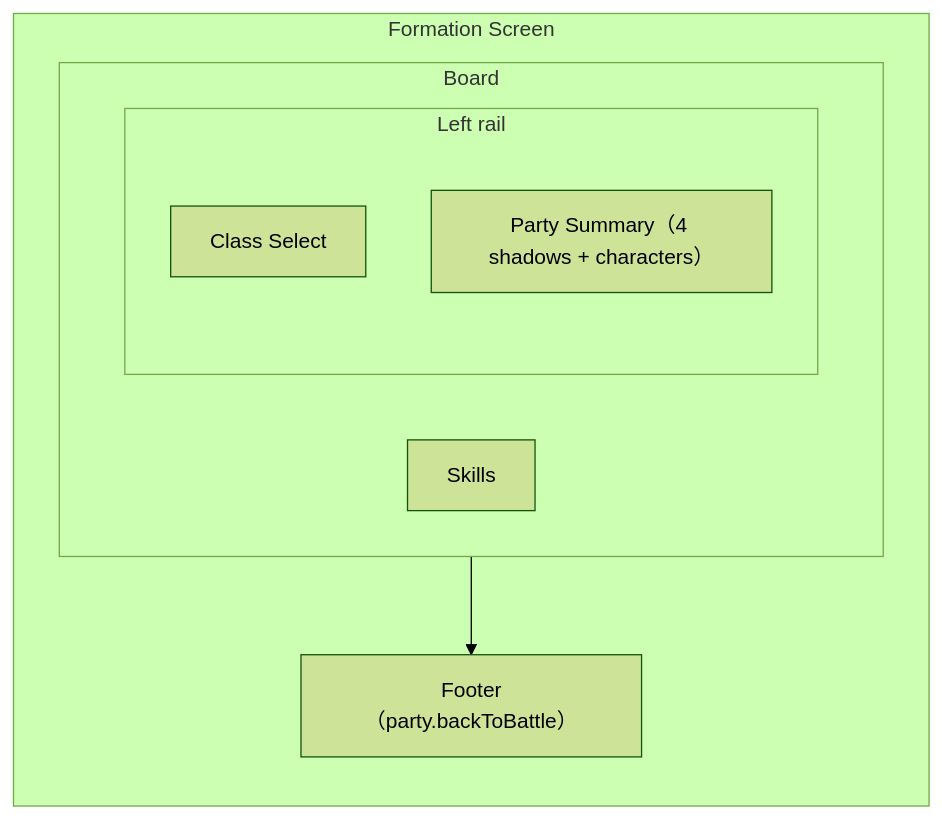
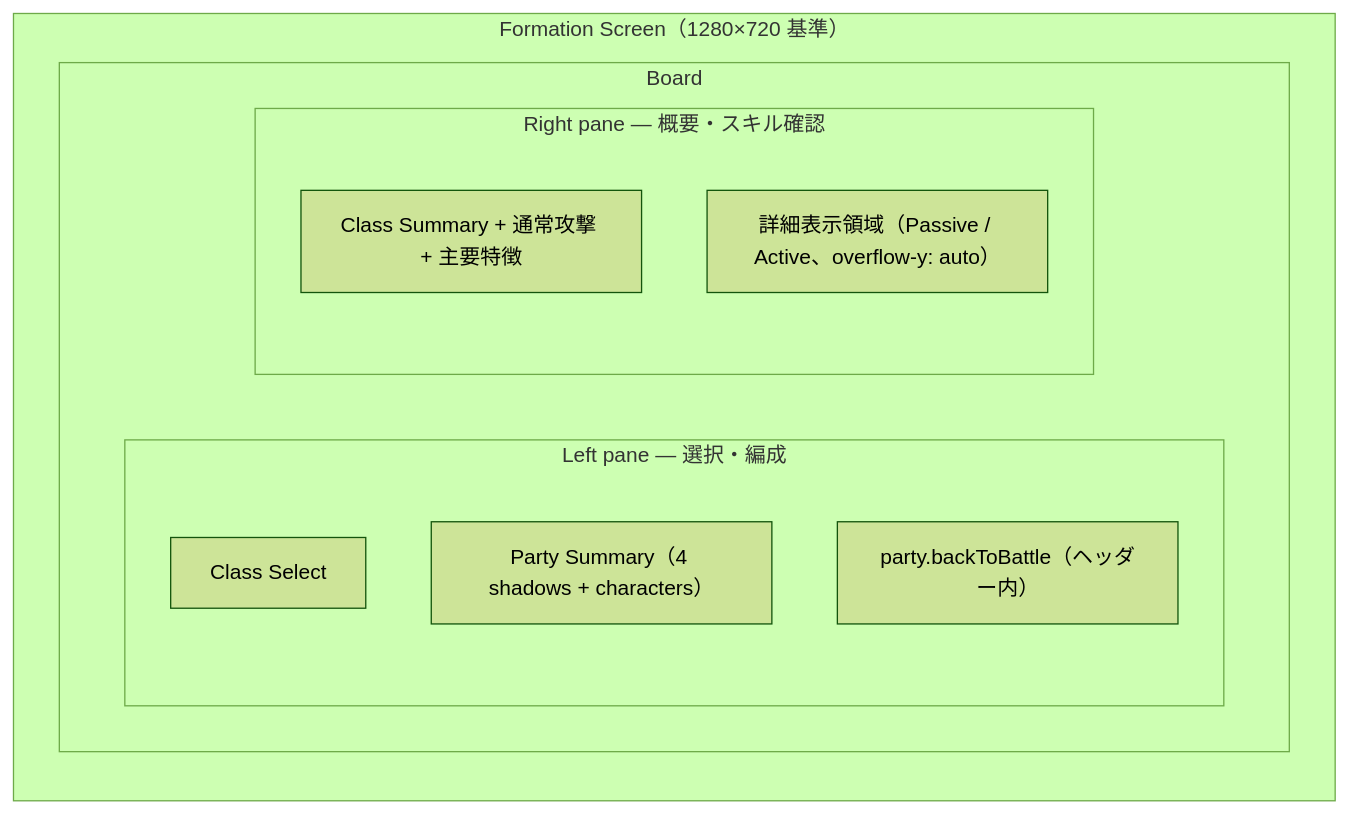
The diagram in docs/spec/party-formation-ui.md (sucRo0629/auto-battle-idle), drawn with Mermaid (forest theme) before and after one commit. The commit also changed other lines of this file and 15 other files, not shown here.

````diff
--- a/docs/spec/party-formation-ui.md
+++ b/docs/spec/party-formation-ui.md
@@ -85,17 +94,20 @@
 ```mermaid
 flowchart TB
-  subgraph win["Formation Screen"]
+  subgraph win["Formation Screen（1280×720 基準）"]
     direction TB
     subgraph board["Board"]
       direction LR
-      subgraph left["Left rail"]
+      subgraph left["Left pane — 選択・編成"]
         direction TB
-        archive["Class Select"]
-        summary["Party Summary（4 shadows + characters）"]
+        select["Class Select"]
+        party["Party Summary（4 shadows + characters）"]
+        back["party.backToBattle（ヘッダー内）"]
       end
-      detail["Skills"]
+      subgraph right["Right pane — 概要・スキル確認"]
+        direction TB
+        overview["Class Summary + 通常攻撃 + 主要特徴"]
+        scroll["詳細表示領域（Passive / Active、overflow-y: auto）"]
+      end
     end
-    foot["Footer（party.backToBattle）"]
-    board --> foot
   end
 ```
````
